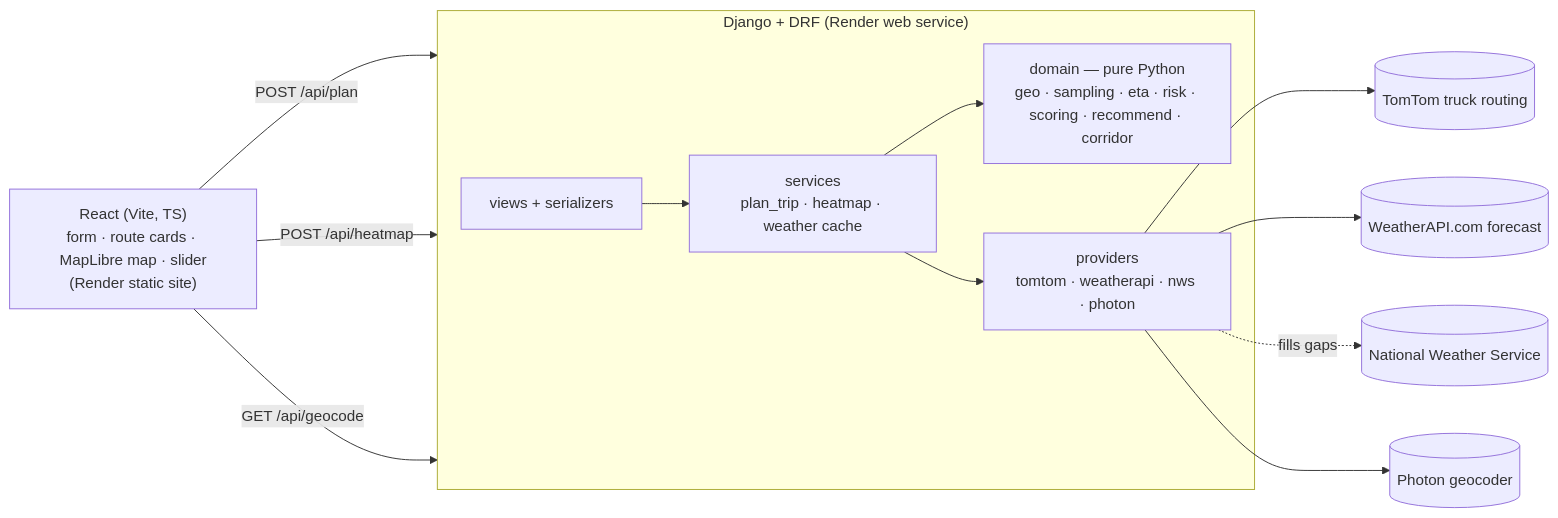
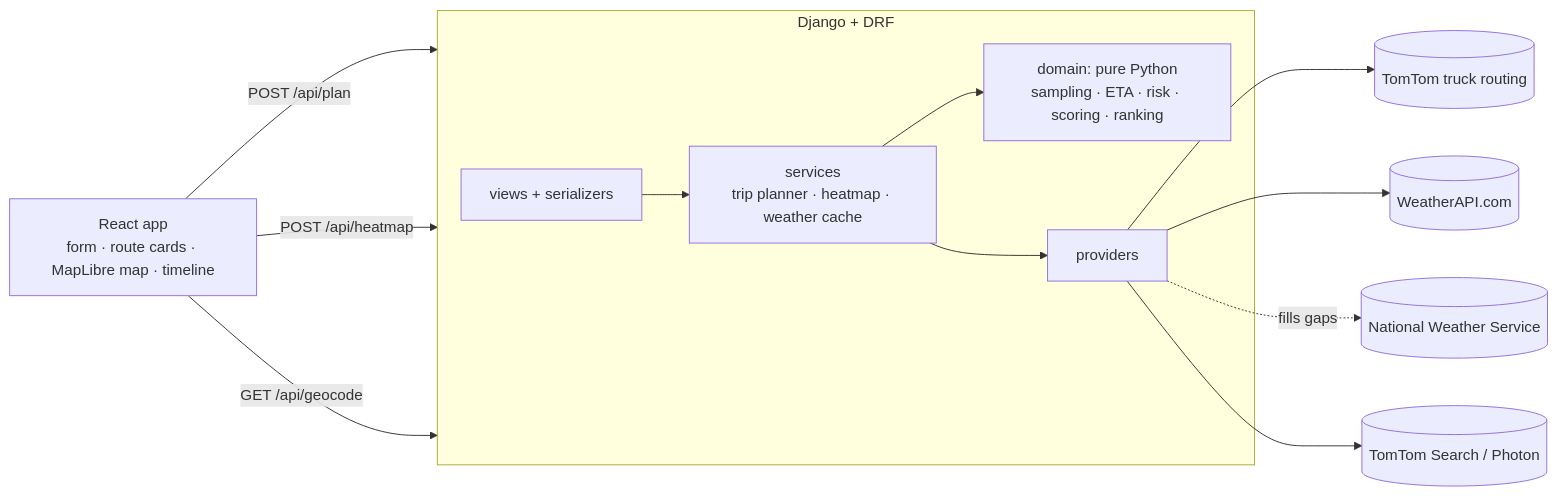
The diagram in README.md (murtuza777/spotter_labs_assessment), drawn with Mermaid before and after one commit. The commit also changed other lines of this file and 20 other files, not shown here.

````diff
--- a/README.md
+++ b/README.md
@@ -75,15 +81,15 @@
 ```mermaid
 flowchart LR
-  UI["React (Vite, TS)<br/>form · route cards · MapLibre map · slider<br/>(Render static site)"] -->|POST /api/plan| API
+  UI["React app<br/>form · route cards · MapLibre map · timeline"] -->|POST /api/plan| API
   UI -->|POST /api/heatmap| API
   UI -->|GET /api/geocode| API
-  subgraph API["Django + DRF (Render web service)"]
-    V[views + serializers] --> S[services<br/>plan_trip · heatmap · weather cache]
-    S --> D[domain — pure Python<br/>geo · sampling · eta · risk · scoring · recommend · corridor]
-    S --> P[providers<br/>tomtom · weatherapi · nws · photon]
+  subgraph API["Django + DRF"]
+    V[views + serializers] --> S[services<br/>trip planner · heatmap · weather cache]
+    S --> D[domain: pure Python<br/>sampling · ETA · risk · scoring · ranking]
+    S --> P[providers]
   end
   P --> TT[(TomTom truck routing)]
-  P --> WA[(WeatherAPI.com forecast)]
+  P --> WA[(WeatherAPI.com)]
   P -.->|fills gaps| NWS[(National Weather Service)]
-  P --> PH[(Photon geocoder)]
+  P --> GEO[(TomTom Search / Photon)]
 ```
````
